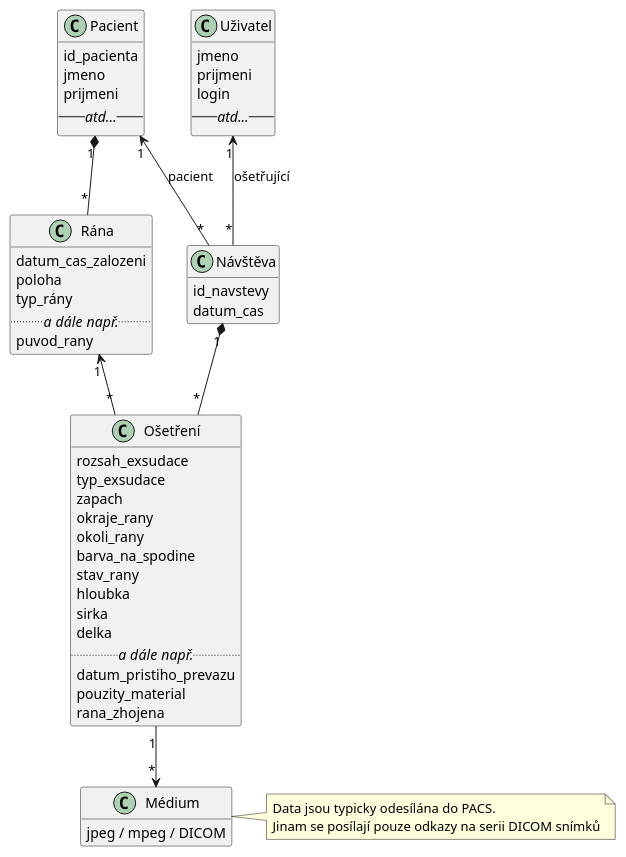
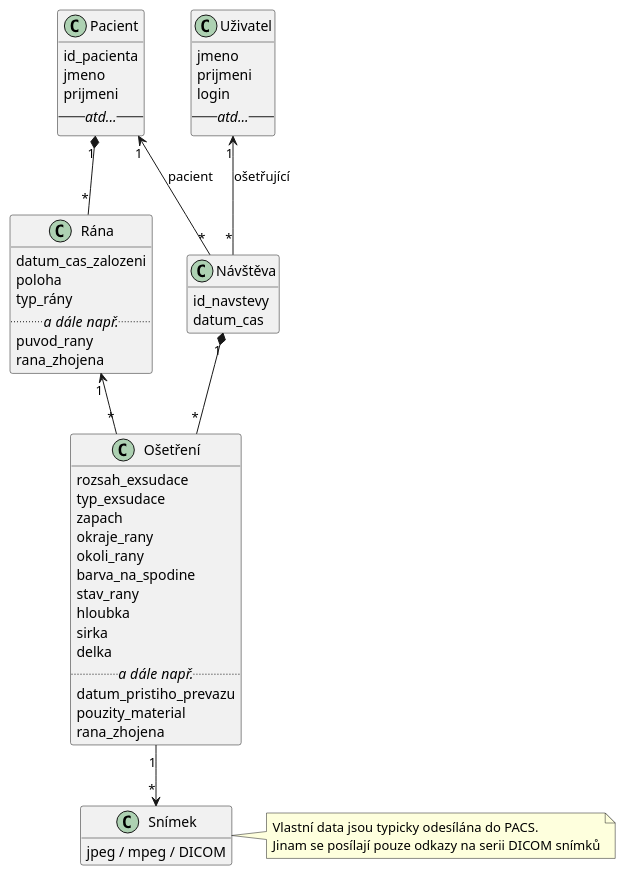
One commit to bindworks/bw-zuni-docs changed the diagram in integration/zuni-class-diagram.plantuml. Above: the diagram before and after it, drawn with PlantUML.

```diff
--- a/integration/zuni-class-diagram.plantuml
+++ b/integration/zuni-class-diagram.plantuml
@@ -1,66 +1,67 @@
 @startuml
 
 class Uživatel {
     jmeno
     prijmeni
     login
     -- <i>atd...</i> --
 }
 
 class Pacient {
     id_pacienta
     jmeno
     prijmeni
     -- <i>atd...</i> --
 }
 
 
 class Návštěva {
     id_navstevy
     datum_cas
 }
 
 class Ošetření {
     rozsah_exsudace
     typ_exsudace
     zapach
     okraje_rany
     okoli_rany
     barva_na_spodine
     stav_rany
     hloubka
     sirka
     delka
     .. <i>a dále např.</i> ..
     datum_pristiho_prevazu
     pouzity_material
     rana_zhojena
 }
 
 class Rána {
     datum_cas_zalozeni
     poloha
     typ_rány
     .. <i>a dále např.</i> ..
     puvod_rany
+    rana_zhojena
 }
 
-class Médium {
+class Snímek {
     jpeg / mpeg / DICOM
 }
 
 note right
-  Data jsou typicky odesílána do PACS. 
+  Vlastní data jsou typicky odesílána do PACS. 
   Jinam se posílají pouze odkazy na serii DICOM snímků
 end note
 
 Pacient "1" *-- "*" Rána
 Návštěva "1" *-- "*" Ošetření
 Ošetření "*" -up-> "1" Rána
-Ošetření "1" --> "*" Médium
+Ošetření "1" --> "*" Snímek
 Návštěva "*" -up-> "1" Uživatel: ošetřující
 Návštěva "*" -up-> "1" Pacient: pacient
 
 hide empty methods    
 
 @enduml
```
